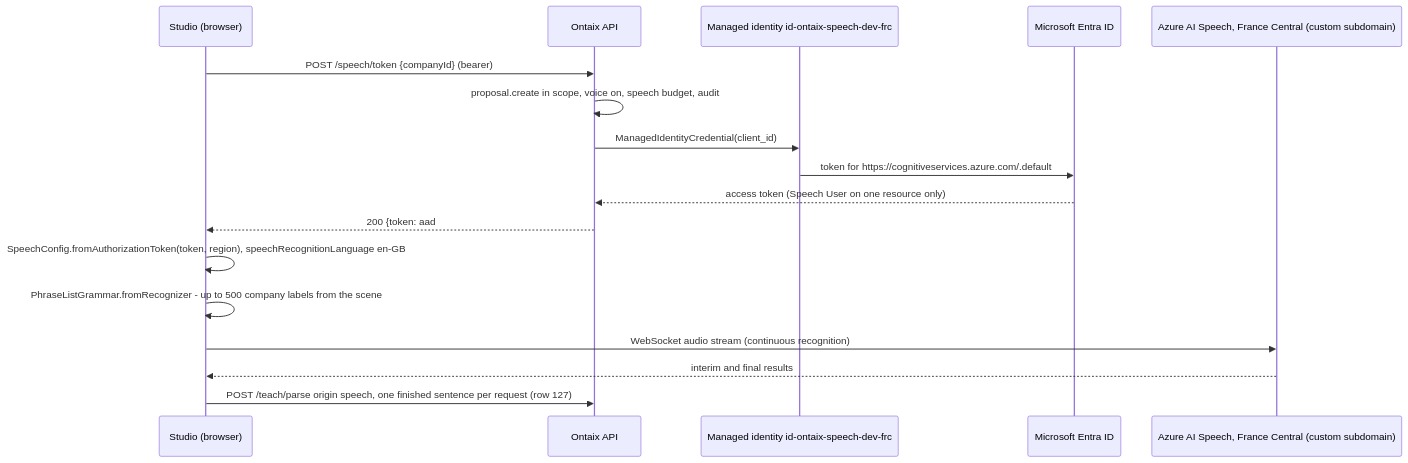
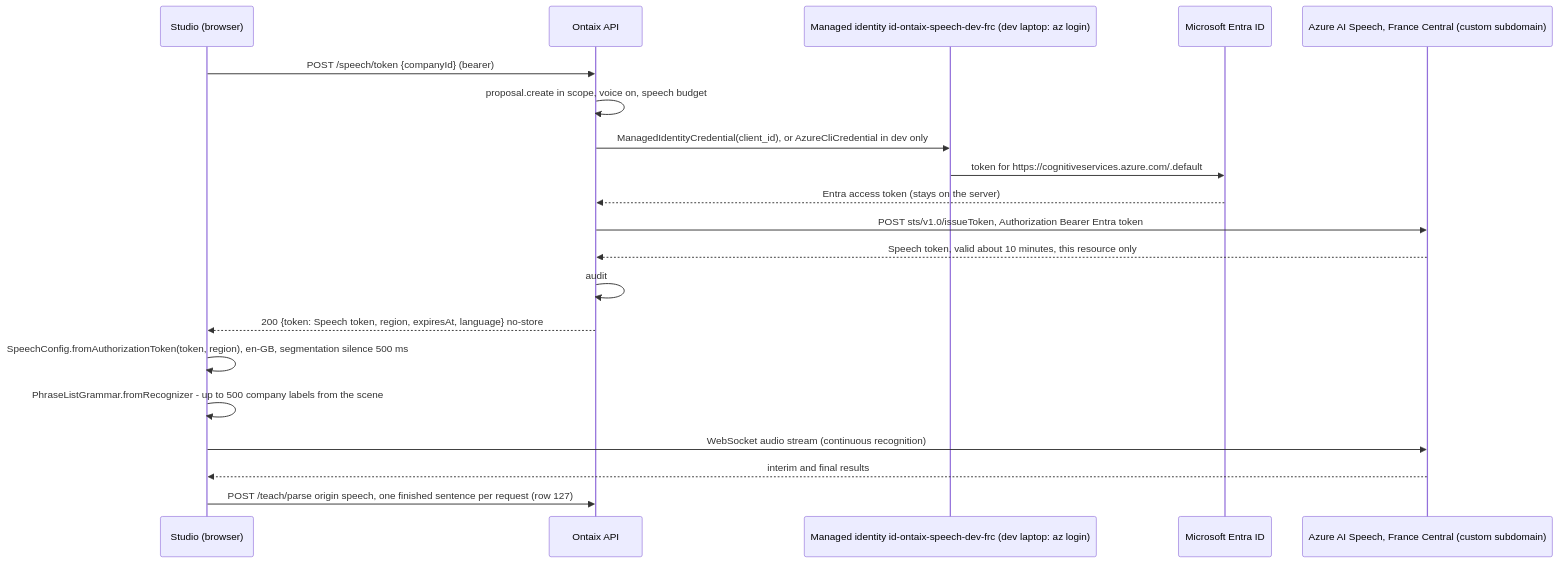
Before and after one commit to slimfarhanigithub/ontaix: the diagram in docs/adr/0013-speech-recognition.md, drawn with Mermaid. The commit also changed other lines of this file and 15 other files, not shown here.

First line of the commit message:
feat(speech): server-side STS exchange, az login in dev, 500 ms segmentation

````diff
--- a/docs/adr/0013-speech-recognition.md
+++ b/docs/adr/0013-speech-recognition.md
@@ -13,19 +13,22 @@
 ```mermaid
 sequenceDiagram
   participant S as Studio (browser)
   participant A as Ontaix API
-  participant M as Managed identity id-ontaix-speech-dev-frc
+  participant M as Managed identity id-ontaix-speech-dev-frc (dev laptop: az login)
   participant E as Microsoft Entra ID
   participant SP as Azure AI Speech, France Central (custom subdomain)
   S->>A: POST /speech/token {companyId} (bearer)
-  A->>A: proposal.create in scope, voice on, speech budget, audit
-  A->>M: ManagedIdentityCredential(client_id)
+  A->>A: proposal.create in scope, voice on, speech budget
+  A->>M: ManagedIdentityCredential(client_id), or AzureCliCredential in dev only
   M->>E: token for https://cognitiveservices.azure.com/.default
-  E-->>A: access token (Speech User on one resource only)
-  A-->>S: 200 {token: aad#resourceId#accessToken, region, expiresAt, language} no-store
-  S->>S: SpeechConfig.fromAuthorizationToken(token, region), speechRecognitionLanguage en-GB
+  E-->>A: Entra access token (stays on the server)
+  A->>SP: POST sts/v1.0/issueToken, Authorization Bearer Entra token
+  SP-->>A: Speech token, valid about 10 minutes, this resource only
+  A->>A: audit
+  A-->>S: 200 {token: Speech token, region, expiresAt, language} no-store
+  S->>S: SpeechConfig.fromAuthorizationToken(token, region), en-GB, segmentation silence 500 ms
   S->>S: PhraseListGrammar.fromRecognizer - up to 500 company labels from the scene
   S->>SP: WebSocket audio stream (continuous recognition)
   SP-->>S: interim and final results
   S->>A: POST /teach/parse origin speech, one finished sentence per request (row 127)
 ```
````
